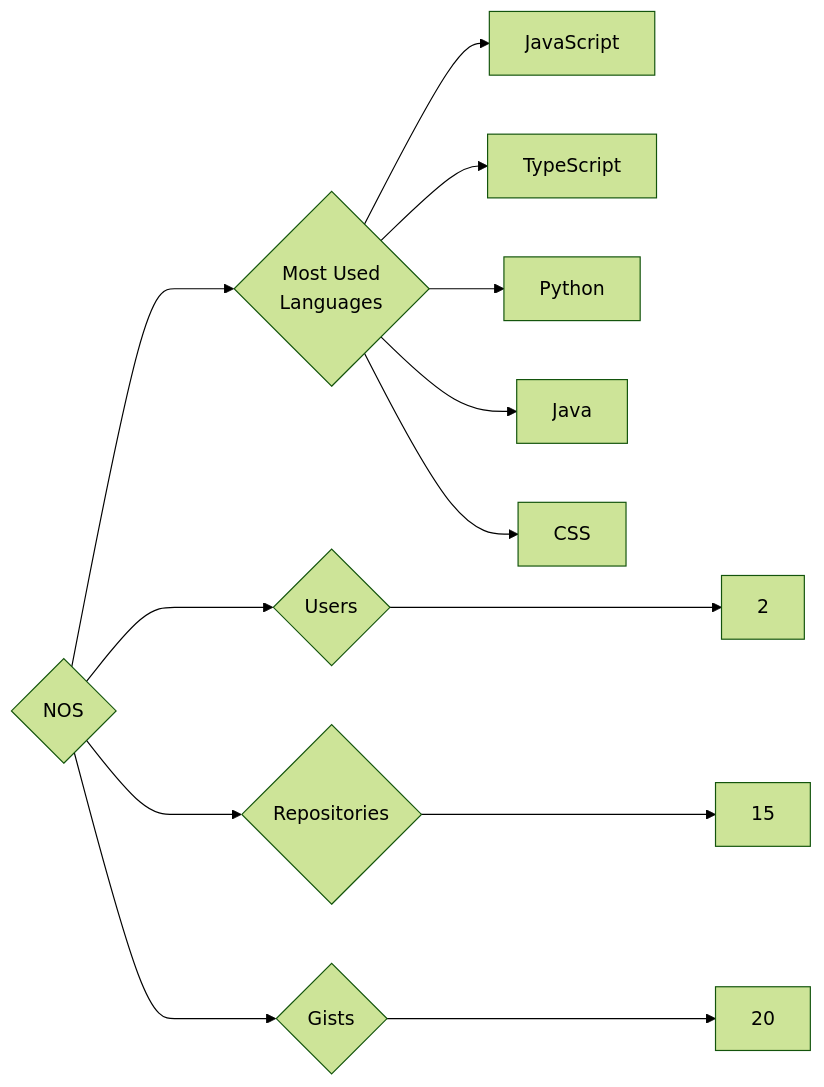
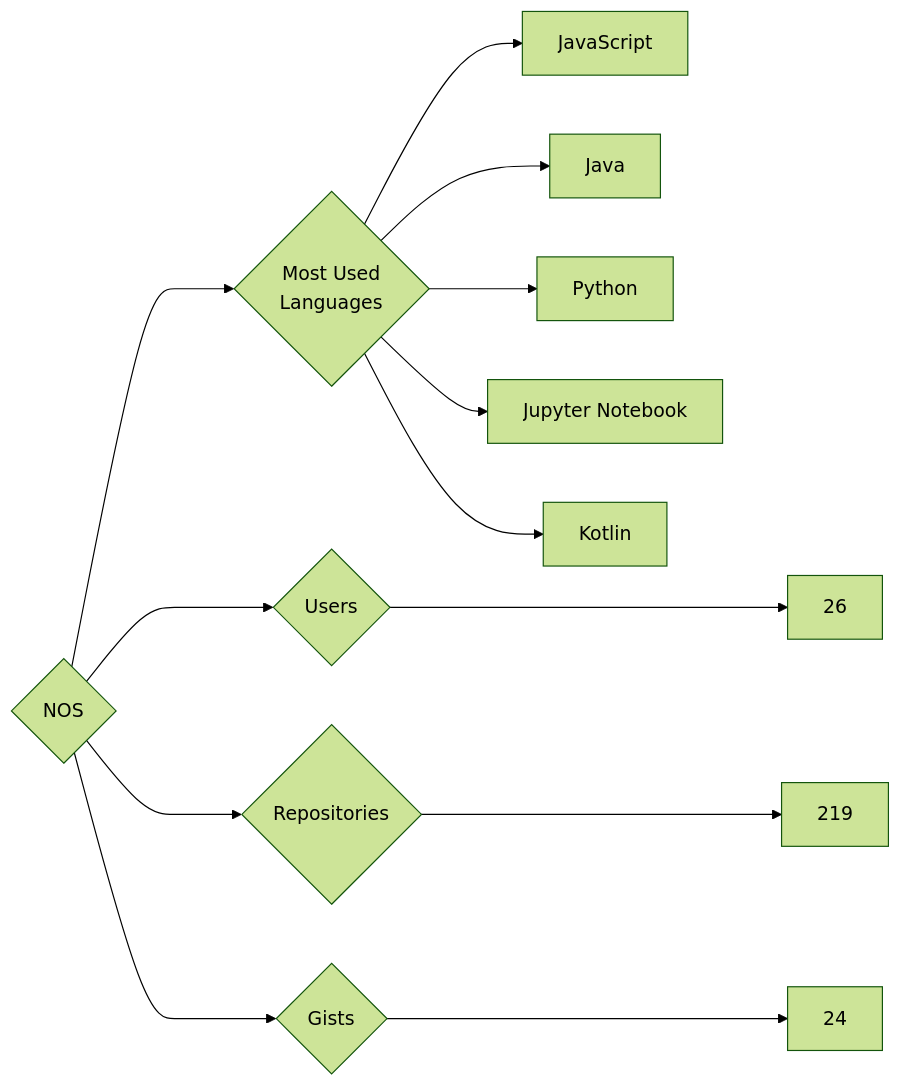
Before and after one commit to trickest/insiders: the diagram in targets/NOS/README.md, drawn with Mermaid (forest theme). The commit also changed 948 other files, not shown here.

````diff
--- a/targets/NOS/README.md
+++ b/targets/NOS/README.md
@@ -3,13 +3,13 @@
 ```mermaid
 graph LR
 COMPANY_NAME{NOS}
-COMPANY_NAME ---> U{Users} ---> UN[2]
-COMPANY_NAME ---> R{Repositories} ---> RN[15]
-COMPANY_NAME ---> G{Gists} ---> GN[20]
+COMPANY_NAME ---> U{Users} ---> UN[26]
+COMPANY_NAME ---> R{Repositories} ---> RN[219]
+COMPANY_NAME ---> G{Gists} ---> GN[24]
 COMPANY_NAME ---> ML{Most Used<br>Languages}
 ML --> JavaScript[JavaScript]
-ML --> TypeScript[TypeScript]
+ML --> Java[Java]
 ML --> Python[Python]
-ML --> Java[Java]
-ML --> CSS[CSS]
+ML --> Jupyter_Notebook[Jupyter Notebook]
+ML --> Kotlin[Kotlin]
 ```
````
